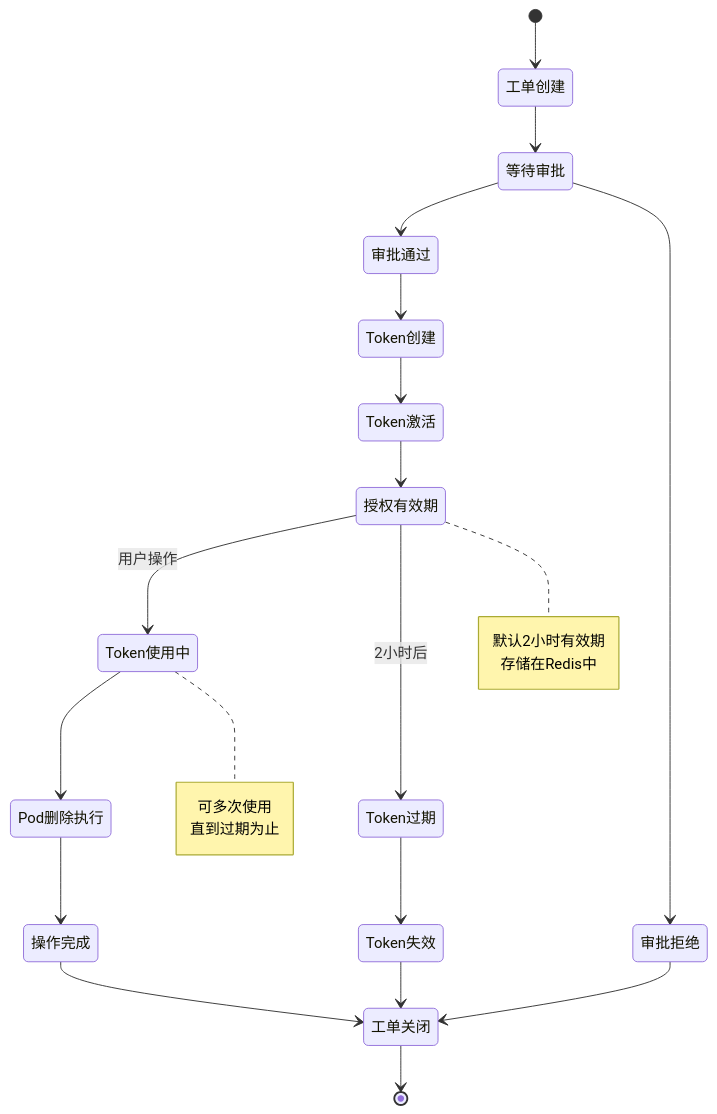
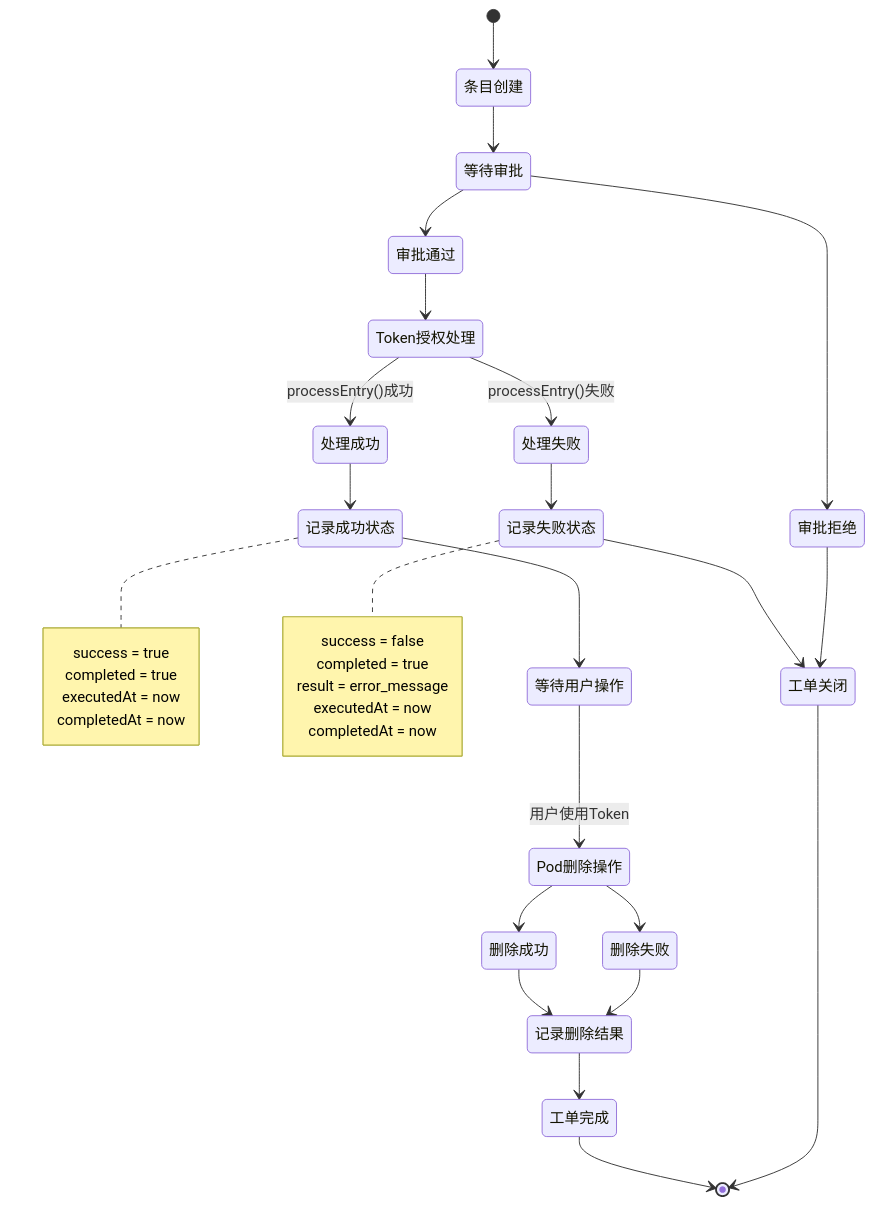
One commit to ixrjog/cratos changed the third of 5 diagrams in docs/workorder/application-pod-delete-guide.md. Above: the diagram before and after it, drawn with Mermaid. The commit also changed other lines of this file and 1 other file, not shown here.

````diff
--- a/docs/workorder/application-pod-delete-guide.md
+++ b/docs/workorder/application-pod-delete-guide.md
@@ -166,34 +175,44 @@
 ```mermaid
 stateDiagram-v2
-    [*] --> 工单创建
-    工单创建 --> 等待审批
+    [*] --> 条目创建
+    条目创建 --> 等待审批
     等待审批 --> 审批通过
     等待审批 --> 审批拒绝
     
-    审批通过 --> Token创建
-    Token创建 --> Token激活
-    Token激活 --> 授权有效期
+    审批通过 --> Token授权处理
+    Token授权处理 --> 处理成功 : processEntry()成功
+    Token授权处理 --> 处理失败 : processEntry()失败
     
-    授权有效期 --> Token使用中 : 用户操作
-    授权有效期 --> Token过期 : 2小时后
+    处理成功 --> 记录成功状态
+    处理失败 --> 记录失败状态
     
-    Token使用中 --> Pod删除执行
-    Pod删除执行 --> 操作完成
+    记录成功状态 --> 等待用户操作
+    记录失败状态 --> 工单关闭
     
-    Token过期 --> Token失效
+    等待用户操作 --> Pod删除操作 : 用户使用Token
+    Pod删除操作 --> 删除成功
+    Pod删除操作 --> 删除失败
+    
+    删除成功 --> 记录删除结果
+    删除失败 --> 记录删除结果
+    
+    记录删除结果 --> 工单完成
     审批拒绝 --> 工单关闭
-    操作完成 --> 工单关闭
-    Token失效 --> 工单关闭
-    
+    工单完成 --> [*]
     工单关闭 --> [*]
     
-    note right of 授权有效期
-        默认2小时有效期
-        存储在Redis中
+    note right of 记录成功状态
+        success = true
+        completed = true
+        executedAt = now
+        completedAt = now
     end note
     
-    note right of Token使用中
-        可多次使用
-        直到过期为止
+    note right of 记录失败状态
+        success = false
+        completed = true
+        result = error_message
+        executedAt = now
+        completedAt = now
     end note
 ```
````
